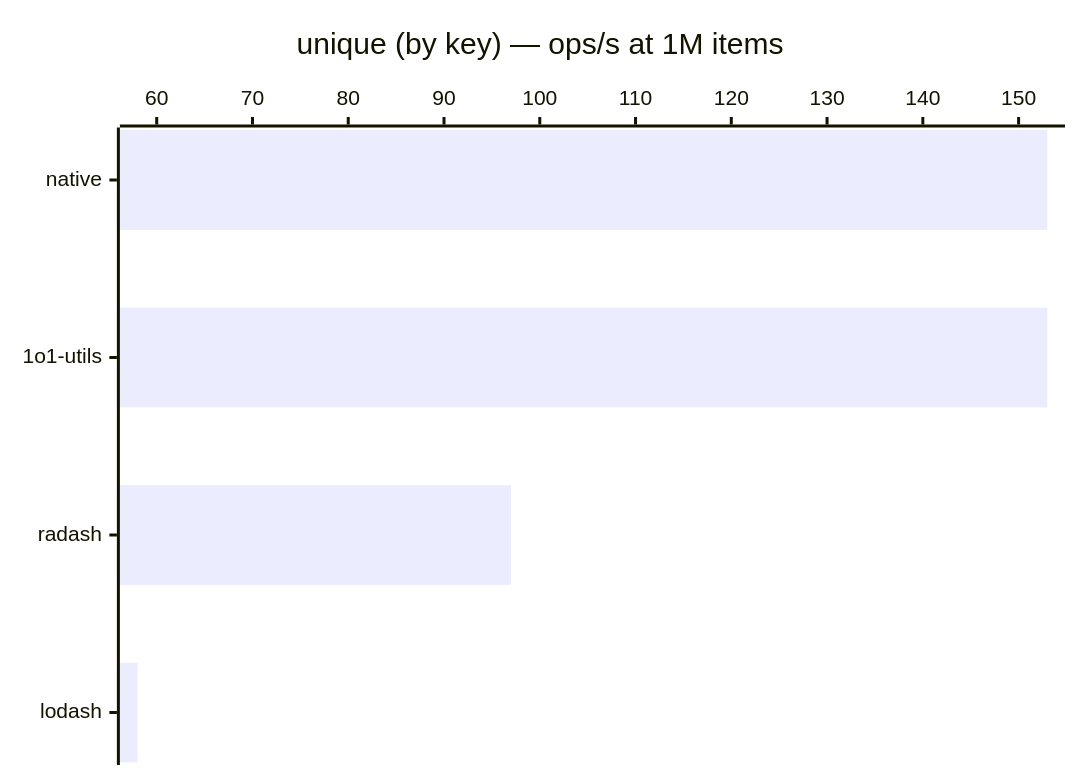
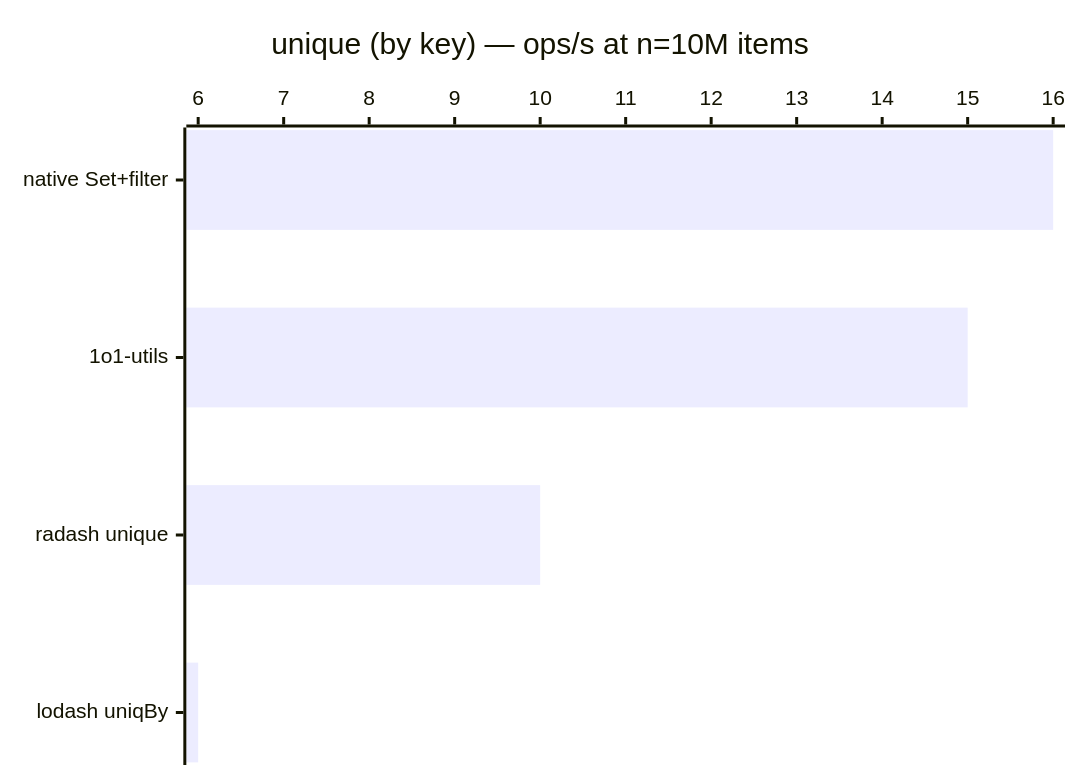
One commit to pedrotroccoli/1o1-utils changed the diagram in benchmarks/unique.md. Above: the diagram before and after it, drawn with Mermaid. The commit also changed other lines of this file and 5 other files, not shown here.

````diff
--- a/benchmarks/unique.md
+++ b/benchmarks/unique.md
@@ -17,6 +17,6 @@
 ```mermaid
 xychart-beta horizontal
-  title "unique (by key) — ops/s at 1M items"
-  x-axis ["native", "1o1-utils", "radash", "lodash"]
-  bar [153, 153, 97, 58]
+  title "unique (by key) — ops/s at n=10M items"
+  x-axis ["native Set+filter", "1o1-utils", "radash unique", "lodash uniqBy"]
+  bar [16, 15, 10, 6]
 ```
````
